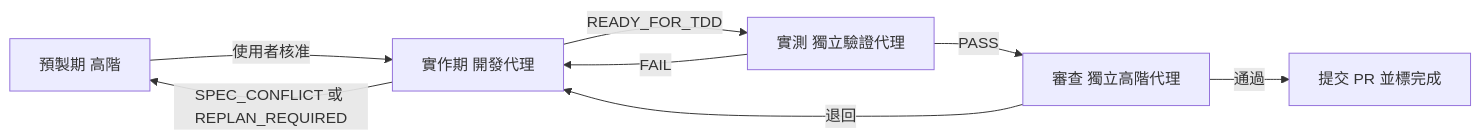
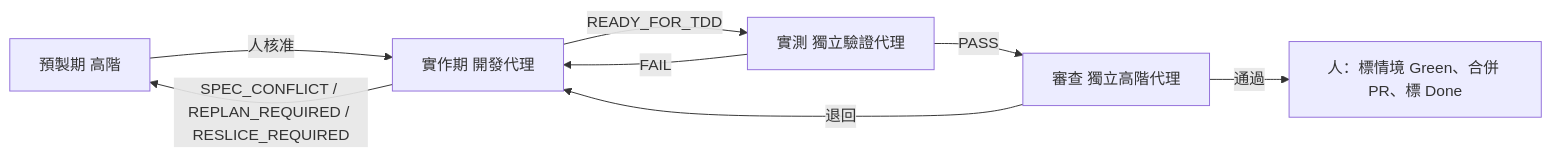
The diagram in .windsurf/rules/ai-dev-pipeline.md (roy791202/GuGuBoard), drawn with Mermaid before and after one commit. The commit also changed other lines of this file and 147 other files, not shown here.

````diff
--- a/.windsurf/rules/ai-dev-pipeline.md
+++ b/.windsurf/rules/ai-dev-pipeline.md
@@ -128,10 +23,10 @@
 ```mermaid
 flowchart LR
-  A[預製期 高階] -->|使用者核准| B[實作期 開發代理]
+  A[預製期 高階] -->|人核准| B[實作期 開發代理]
   B -->|READY_FOR_TDD| C[實測 獨立驗證代理]
   C -->|FAIL| B
   C -->|PASS| D[審查 獨立高階代理]
   D -->|退回| B
-  D -->|通過| E[提交 PR 並標完成]
-  B -->|SPEC_CONFLICT 或 REPLAN_REQUIRED| A
+  D -->|通過| E[人：標情境 Green、合併 PR、標 Done]
+  B -->|SPEC_CONFLICT / REPLAN_REQUIRED / RESLICE_REQUIRED| A
 ```
````
